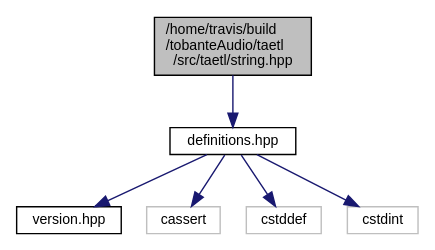
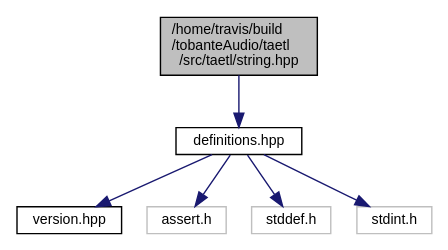
One commit to tobanteAudio/taetl changed the diagram in string_8hpp__incl.dot. Above: the diagram before and after it, drawn with Graphviz. The commit also changed 19 other files, not shown here.

```diff
--- a/string_8hpp__incl.dot
+++ b/string_8hpp__incl.dot
@@ -1,16 +1,16 @@
 digraph "/home/travis/build/tobanteAudio/taetl/src/taetl/string.hpp"
 {
   edge [fontname="Helvetica",fontsize="10",labelfontname="Helvetica",labelfontsize="10"];
   node [fontname="Helvetica",fontsize="10",shape=record];
   Node0 [label="/home/travis/build\l/tobanteAudio/taetl\l/src/taetl/string.hpp",height=0.2,width=0.4,color="black", fillcolor="grey75", style="filled", fontcolor="black"];
   Node0 -> Node1 [color="midnightblue",fontsize="10",style="solid",fontname="Helvetica"];
   Node1 [label="definitions.hpp",height=0.2,width=0.4,color="black", fillcolor="white", style="filled",URL="$definitions_8hpp.html"];
   Node1 -> Node2 [color="midnightblue",fontsize="10",style="solid",fontname="Helvetica"];
   Node2 [label="version.hpp",height=0.2,width=0.4,color="black", fillcolor="white", style="filled",URL="$version_8hpp.html"];
   Node1 -> Node3 [color="midnightblue",fontsize="10",style="solid",fontname="Helvetica"];
-  Node3 [label="cassert",height=0.2,width=0.4,color="grey75", fillcolor="white", style="filled"];
+  Node3 [label="assert.h",height=0.2,width=0.4,color="grey75", fillcolor="white", style="filled"];
   Node1 -> Node4 [color="midnightblue",fontsize="10",style="solid",fontname="Helvetica"];
-  Node4 [label="cstddef",height=0.2,width=0.4,color="grey75", fillcolor="white", style="filled"];
+  Node4 [label="stddef.h",height=0.2,width=0.4,color="grey75", fillcolor="white", style="filled"];
   Node1 -> Node5 [color="midnightblue",fontsize="10",style="solid",fontname="Helvetica"];
-  Node5 [label="cstdint",height=0.2,width=0.4,color="grey75", fillcolor="white", style="filled"];
+  Node5 [label="stdint.h",height=0.2,width=0.4,color="grey75", fillcolor="white", style="filled"];
 }
```
